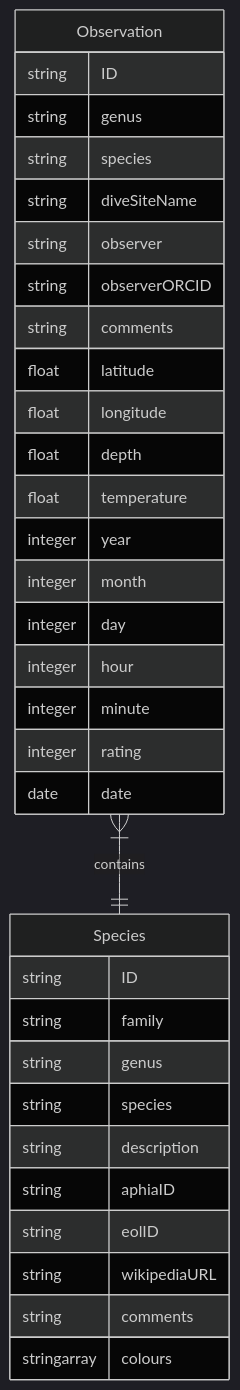
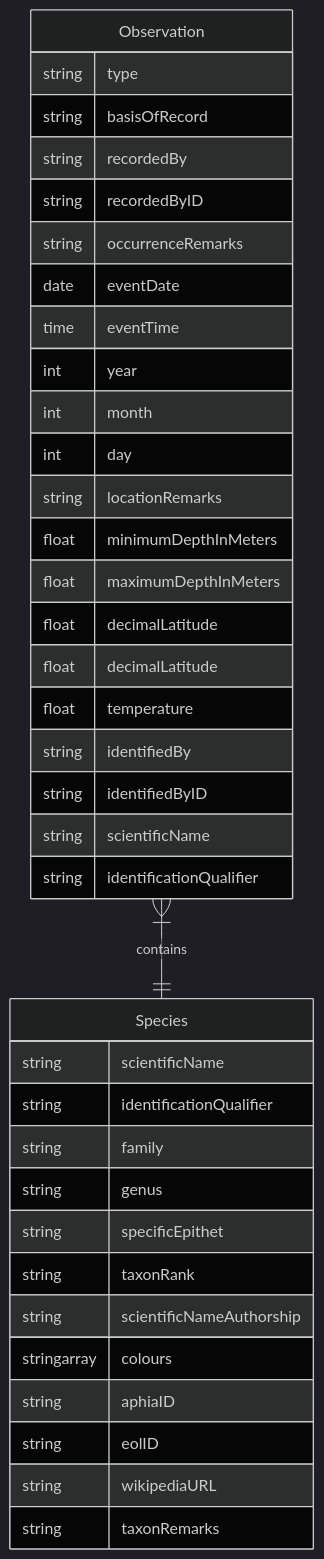
One commit to mpfl/nudis changed the diagram in design/data-model.md. Above: the diagram before and after it, drawn with Mermaid (dark theme). The commit also changed other lines of this file and 8 other files, not shown here.

````diff
--- a/design/data-model.md
+++ b/design/data-model.md
@@ -5,36 +5,40 @@
 ```mermaid
 erDiagram
     Species {
-        string ID
+        string scientificName
+        string identificationQualifier
         string family
         string genus
-        string species
-        string description
+        string specificEpithet
+        string taxonRank
+        string scientificNameAuthorship
+        stringarray colours
         string aphiaID
         string eolID
         string wikipediaURL
-        string comments
-        stringarray colours
+        string taxonRemarks
     }
     Observation }|--|| Species: contains
     Observation {
-        string ID
-        string genus
-        string species
-        string diveSiteName
-        string observer
-        string observerORCID
-        string comments
-        float latitude
-        float longitude
-        float depth
+        string type
+        string basisOfRecord
+        string recordedBy
+        string recordedByID
+        string occurrenceRemarks
+        date eventDate
+        time eventTime
+        int year
+        int month
+        int day
+        string locationRemarks
+        float minimumDepthInMeters
+        float maximumDepthInMeters
+        float decimalLatitude
+        float decimalLatitude
         float temperature
-        integer year
-        integer month
-        integer day
-        integer hour
-        integer minute
-        integer rating
-        date date
+        string identifiedBy
+        string identifiedByID
+        string scientificName
+        string identificationQualifier
     }
 ```
````
